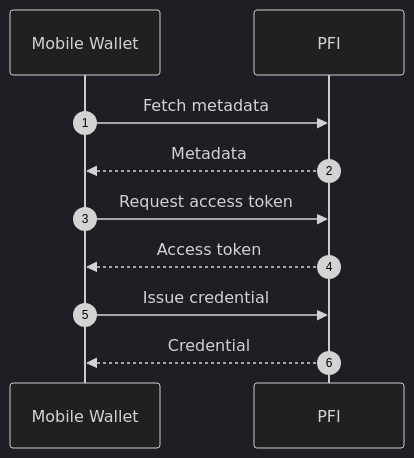
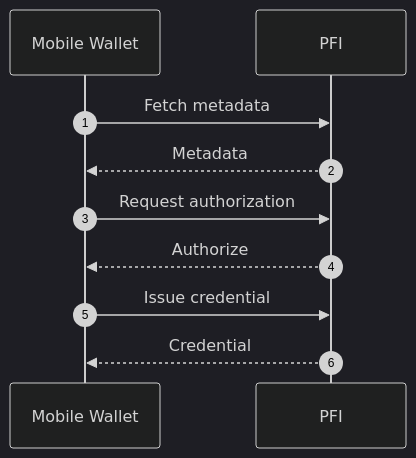
The fourth of 5 diagrams in README.md (TBD54566975/known-customer-credential), drawn with Mermaid (dark theme) before and after one commit. The commit also changed other lines of this file, not shown here.

````diff
--- a/README.md
+++ b/README.md
@@ -346,14 +346,14 @@
 ```mermaid
 sequenceDiagram
 autonumber
 
 participant D as Mobile Wallet
 participant P as PFI
 
 D->>P: Fetch metadata
 P-->>D: Metadata
-D->>P: Request access token
-P-->>D: Access token
+D->>P: Request authorization
+P-->>D: Authorize
 D->>P: Issue credential
 P-->>D: Credential
 ```
````
